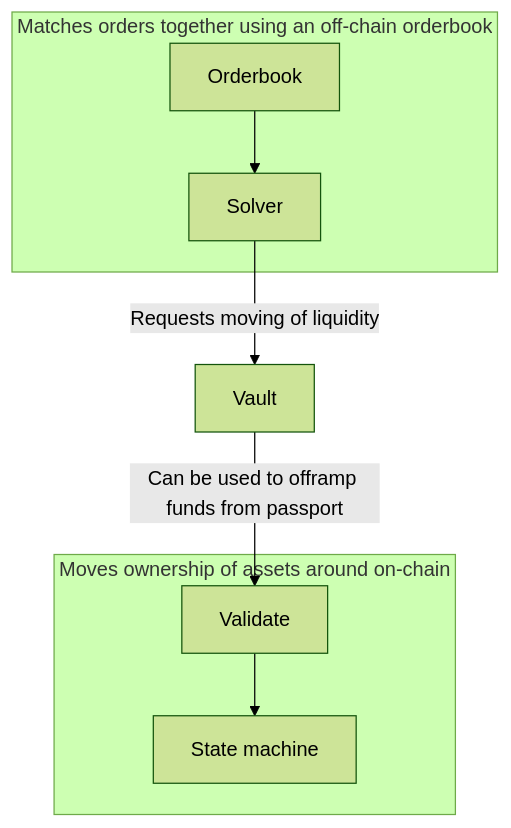
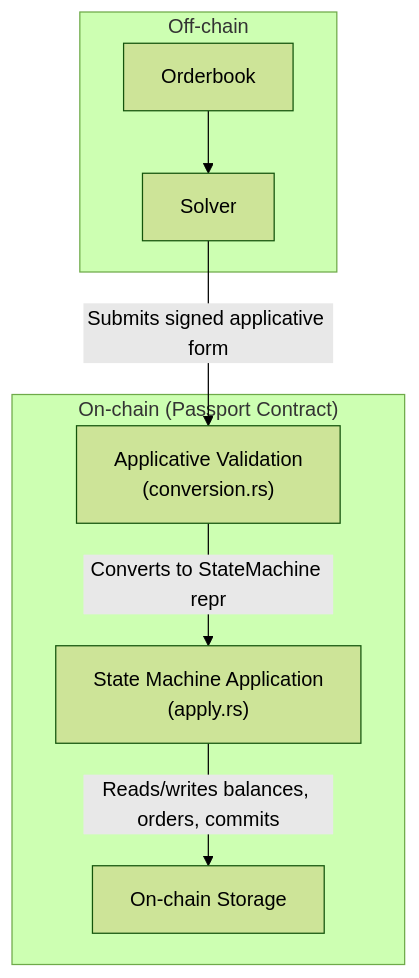
The diagram in README.md (fluidity-money/passport.superposition.so), drawn with Mermaid (forest theme) before and after one commit. The commit also changed other lines of this file, not shown here.

````diff
--- a/README.md
+++ b/README.md
@@ -22,15 +38,16 @@
 ```mermaid
 flowchart TD
-  subgraph Longtail["Matches orders together using an off-chain orderbook"]
+  subgraph OffChain["Off-chain"]
     Orderbook --> Solver
   end
 
-  subgraph Passport["Moves ownership of assets around on-chain"]
-    StateMachine["State machine"]
-    Validate --> StateMachine
+  subgraph OnChain["On-chain (Passport Contract)"]
+    Validation["Applicative Validation<br/>(conversion.rs)"]
+    SM["State Machine Application<br/>(apply.rs)"]
+    Storage["On-chain Storage"]
   end
 
-  Solver
-  -->|Requests moving of liquidity| Vault
-  -->|Can be used to offramp funds from passport| Validate
+  Solver -->|Submits signed applicative form| Validation
+  Validation -->|Converts to StateMachine repr| SM
+  SM -->|Reads/writes balances, orders, commits| Storage
 ```
````
